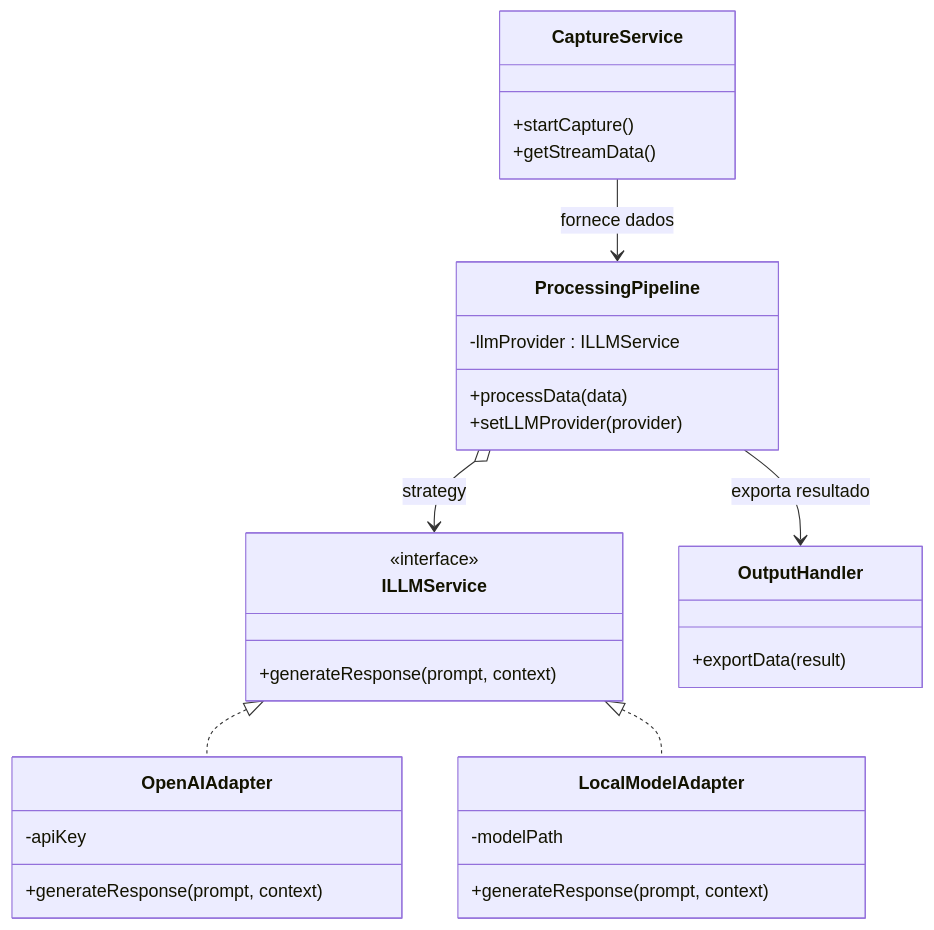
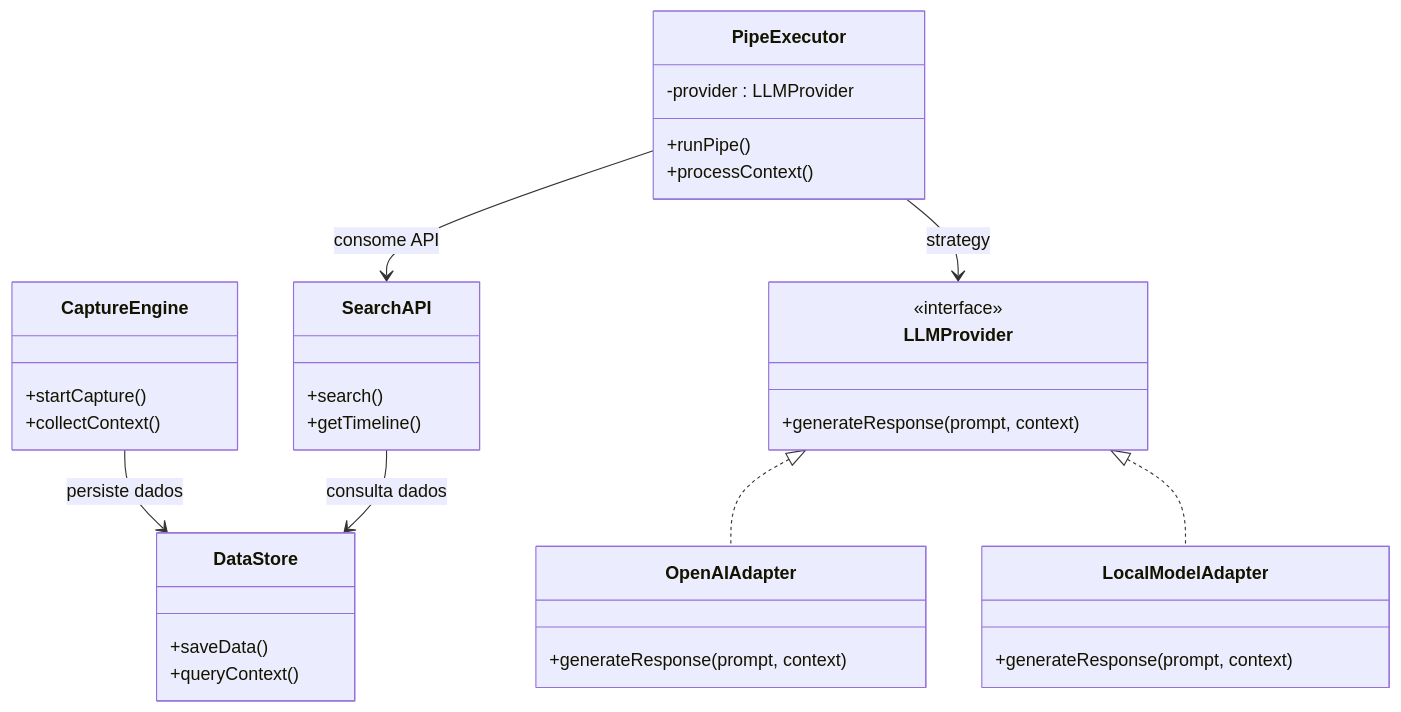
One commit to GianGlauberty/ES_2026-2_screenpipe changed the diagram in Eixo III - Arquitetura e Modelagem/analise-arq.md. Above: the diagram before and after it, drawn with Mermaid. The commit also changed other lines of this file, not shown here.

````diff
--- a/Eixo III - Arquitetura e Modelagem/analise-arq.md
+++ b/Eixo III - Arquitetura e Modelagem/analise-arq.md
@@ -105,41 +119,46 @@
 ```mermaid
 classDiagram
 direction TB
 
-class CaptureService {
+class CaptureEngine {
     +startCapture()
-    +getStreamData()
+    +collectContext()
 }
 
-class ProcessingPipeline {
-    -llmProvider : ILLMService
-    +processData(data)
-    +setLLMProvider(provider)
+class DataStore {
+    +saveData()
+    +queryContext()
 }
 
-class ILLMService {
+class SearchAPI {
+    +search()
+    +getTimeline()
+}
+
+class PipeExecutor {
+    -provider : LLMProvider
+    +runPipe()
+    +processContext()
+}
+
+class LLMProvider {
     <<interface>>
     +generateResponse(prompt, context)
 }
 
 class OpenAIAdapter {
-    -apiKey
     +generateResponse(prompt, context)
 }
 
 class LocalModelAdapter {
-    -modelPath
     +generateResponse(prompt, context)
 }
 
-class OutputHandler {
-    +exportData(result)
-}
+CaptureEngine --> DataStore : persiste dados
+SearchAPI --> DataStore : consulta dados
+PipeExecutor --> SearchAPI : consome API
 
-CaptureService --> ProcessingPipeline : fornece dados
-ProcessingPipeline --> OutputHandler : exporta resultado
-
-ProcessingPipeline o--> ILLMService : strategy
-ILLMService <|.. OpenAIAdapter
-ILLMService <|.. LocalModelAdapter
+PipeExecutor --> LLMProvider : strategy
+LLMProvider <|.. OpenAIAdapter
+LLMProvider <|.. LocalModelAdapter
 ```
````
